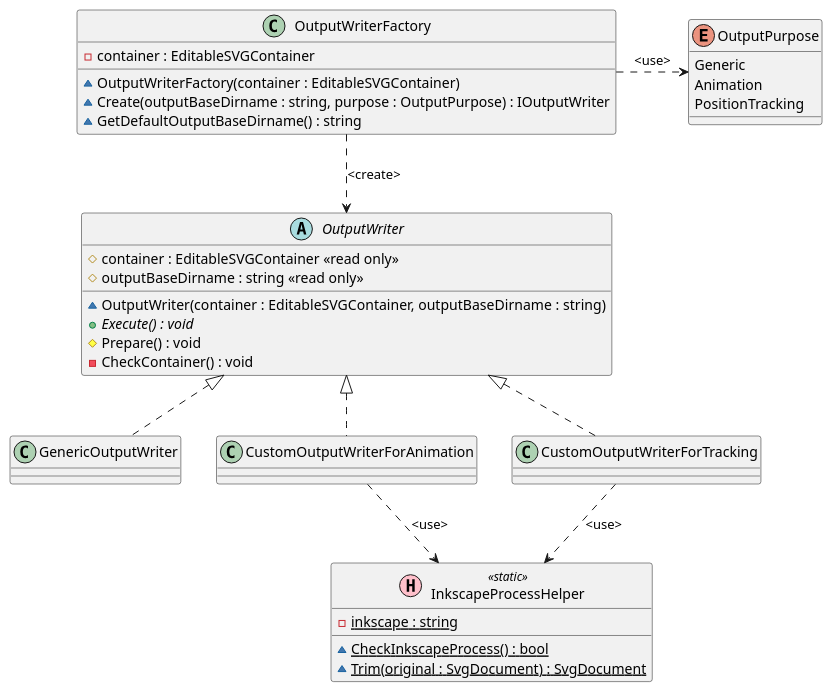
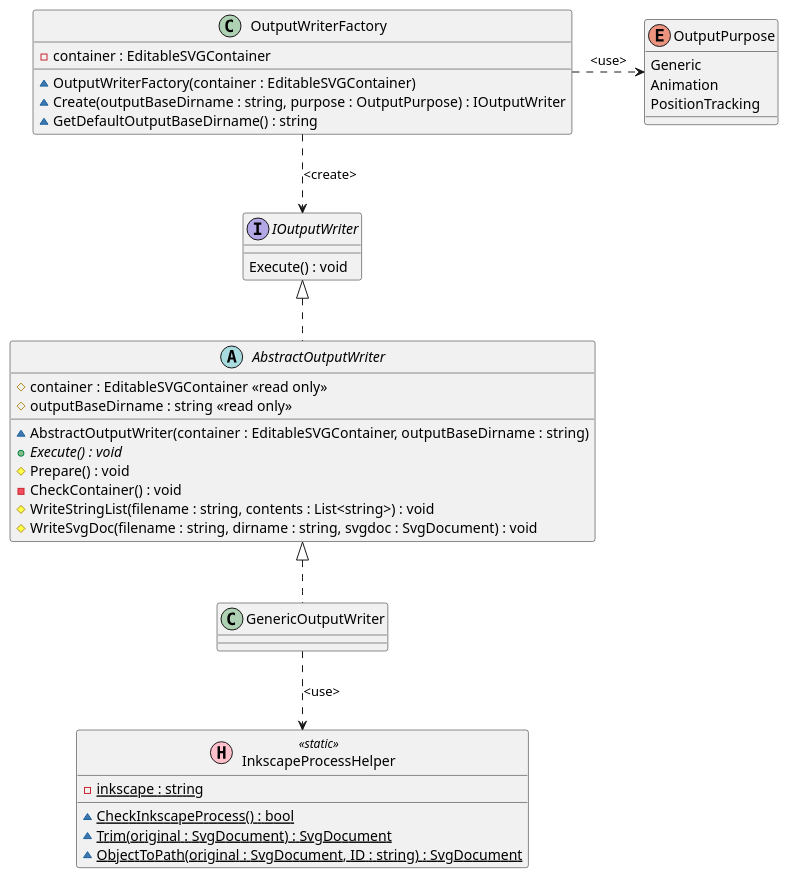
One commit to tatsuya19871219/SVGObjectsDecomposer changed the fourth of 4 diagrams in uml/SVGObjectsDecomposer.puml. Above: the diagram before and after it, drawn with PlantUML. The commit also changed 2 other files, not shown here.

```diff
--- a/uml/SVGObjectsDecomposer.puml
+++ b/uml/SVGObjectsDecomposer.puml
@@ -190,74 +190,78 @@
 @startuml OutputWriters
 
 class InkscapeProcessHelper << (H, pink) static >>
 {
     {static} - inkscape : string
     {static} ~ CheckInkscapeProcess() : bool
     {static} ~ Trim(original : SvgDocument) : SvgDocument
+    {static} ~ ObjectToPath(original : SvgDocument, ID : string) : SvgDocument
 }
 
 enum OutputPurpose
 {
     Generic
     Animation
     PositionTracking
 }
 
-' interface IOutputWriter
-' {
-'     Execute() : void
-' }
+interface IOutputWriter
+{
+    Execute() : void
+}
 
-abstract OutputWriter
+abstract AbstractOutputWriter
 {
     # container : EditableSVGContainer <<read only>>
     # outputBaseDirname : string <<read only>>
-    ~ OutputWriter(container : EditableSVGContainer, outputBaseDirname : string)
+    ~ AbstractOutputWriter(container : EditableSVGContainer, outputBaseDirname : string)
     {abstract} + Execute() : void
     # Prepare() : void
     - CheckContainer() : void
+    # WriteStringList(filename : string, contents : List<string>) : void
+    # WriteSvgDoc(filename : string, dirname : string, svgdoc : SvgDocument) : void
 
 }
 
 class OutputWriterFactory
 {
     - container : EditableSVGContainer
     ~ OutputWriterFactory(container : EditableSVGContainer)
     ~ Create(outputBaseDirname : string, purpose : OutputPurpose) : IOutputWriter
     ~ GetDefaultOutputBaseDirname() : string
 }
 
 class GenericOutputWriter
 {
     ' ~ GenericOutputWriter(container : EditableSVGContainer, outputBaseDirname : string)
     ' + Execute() : void
 }
 
-class CustomOutputWriterForAnimation
-{
-    ' ~ CustomOutputWriterForAnimation(container : EditableSVGContainer, outputBaseDirname : string)
-    ' + Execute() : void
-}
+' class CustomOutputWriterForAnimation
+' {
+'     ' ~ CustomOutputWriterForAnimation(container : EditableSVGContainer, outputBaseDirname : string)
+'     ' + Execute() : void
+' }
 
-class CustomOutputWriterForTracking
-{
-    ' ~ CustomOutputWriterForTracking(container : EditableSVGContainer, outputBaseDirname : string)
-    ' + Execute() : void
-}
+' class CustomOutputWriterForTracking
+' {
+'     ' ~ CustomOutputWriterForTracking(container : EditableSVGContainer, outputBaseDirname : string)
+'     ' + Execute() : void
+' }
 
 
 
-'AbstractOutputWriter .up.|> IOutputWriter
+AbstractOutputWriter .up.|> IOutputWriter
 
-GenericOutputWriter .up.|> OutputWriter
-CustomOutputWriterForAnimation .up.|> OutputWriter
-CustomOutputWriterForTracking .up.|> OutputWriter
+GenericOutputWriter .up.|> AbstractOutputWriter
+' CustomOutputWriterForAnimation .up.|> OutputWriter
+' CustomOutputWriterForTracking .up.|> OutputWriter
 
-OutputWriterFactory .down.> OutputWriter : <create>
+OutputWriterFactory .down.> IOutputWriter : <create>
 
-CustomOutputWriterForAnimation ..> InkscapeProcessHelper : <use>
-CustomOutputWriterForTracking ..> InkscapeProcessHelper : <use>
+GenericOutputWriter ..> InkscapeProcessHelper : <use>
+' CustomOutputWriterForAnimation ..> InkscapeProcessHelper : <use>
+' CustomOutputWriterForTracking ..> InkscapeProcessHelper : <use>
 
 OutputWriterFactory .right.> OutputPurpose : <use>
 
 @enduml
```
